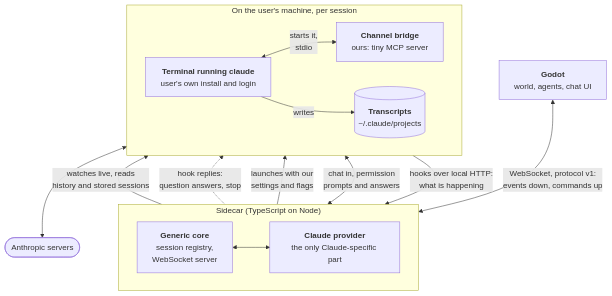
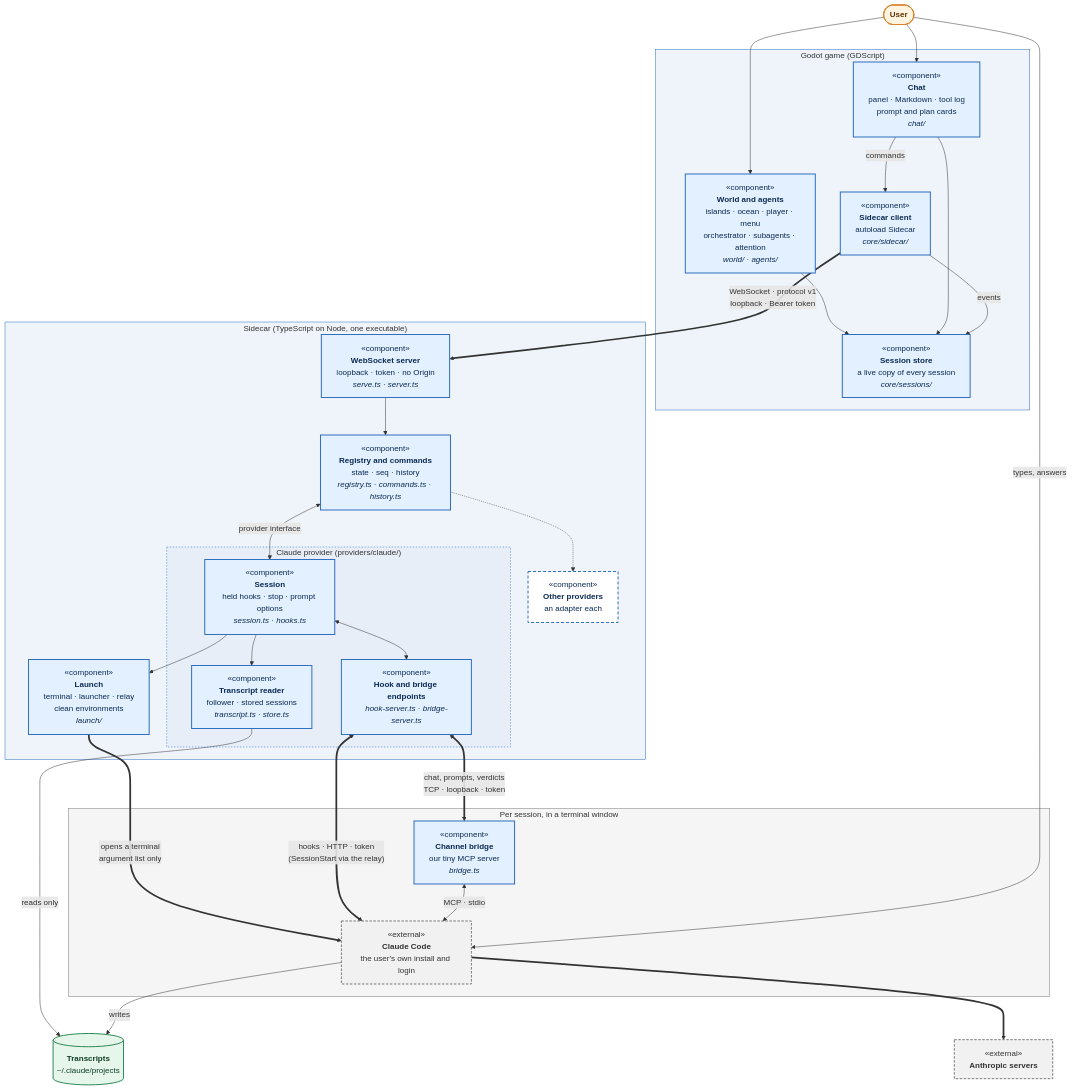
One commit to PaoloPortugal/The-Beach changed the diagram in NOTES.md. Above: the diagram before and after it, drawn with Mermaid. The commit also changed other lines of this file and 6 other files, not shown here.

Commit message:
Docs: component diagram in Architecture, flows index references, dev log

````diff
--- a/NOTES.md
+++ b/NOTES.md
@@ -127,30 +131,67 @@
 ```mermaid
 flowchart TB
-    godot["<b>Godot</b><br/>world, agents, chat UI"]
+    user(["<b>User</b>"]):::actor
 
-    subgraph sidecar["Sidecar (TypeScript on Node)"]
-        direction LR
-        core["<b>Generic core</b><br/>session registry,<br/>WebSocket server"]
-        provider["<b>Claude provider</b><br/>the only Claude-specific part"]
-        core <--> provider
+    subgraph game["Godot game (GDScript)"]
+        world["«component»<br/><b>World and agents</b><br/>islands · ocean · player · menu<br/>orchestrator · subagents · attention<br/><i>world/ · agents/</i>"]:::component
+        chat["«component»<br/><b>Chat</b><br/>panel · Markdown · tool log<br/>prompt and plan cards<br/><i>chat/</i>"]:::component
+        store["«component»<br/><b>Session store</b><br/>a live copy of every session<br/><i>core/sessions/</i>"]:::component
+        client["«component»<br/><b>Sidecar client</b><br/>autoload Sidecar<br/><i>core/sidecar/</i>"]:::component
     end
 
-    subgraph machine["On the user's machine, per session"]
-        direction LR
-        bridge["<b>Channel bridge</b><br/>ours: tiny MCP server"]
-        term["<b>Terminal running claude</b><br/>user's own install and login"]
-        store[("<b>Transcripts</b><br/>~/.claude/projects")]
-        term <-->|"starts it,<br/>stdio"| bridge
-        term -->|writes| store
+    subgraph sidecar["Sidecar (TypeScript on Node, one executable)"]
+        ws["«component»<br/><b>WebSocket server</b><br/>loopback · token · no Origin<br/><i>serve.ts · server.ts</i>"]:::component
+        registry["«component»<br/><b>Registry and commands</b><br/>state · seq · history<br/><i>registry.ts · commands.ts · history.ts</i>"]:::component
+        subgraph sc_claude["Claude provider (providers/claude/)"]
+            session["«component»<br/><b>Session</b><br/>held hooks · stop · prompt options<br/><i>session.ts · hooks.ts</i>"]:::component
+            endpoints["«component»<br/><b>Hook and bridge endpoints</b><br/><i>hook-server.ts · bridge-server.ts</i>"]:::component
+            reader["«component»<br/><b>Transcript reader</b><br/>follower · stored sessions<br/><i>transcript.ts · store.ts</i>"]:::component
+        end
+        other["«component»<br/><b>Other providers</b><br/>an adapter each"]:::planned
+        launch["«component»<br/><b>Launch</b><br/>terminal · launcher · relay<br/>clean environments<br/><i>launch/</i>"]:::component
     end
 
-    anthropic(["Anthropic servers"])
+    subgraph per_session["Per session, in a terminal window"]
+        claude["«external»<br/><b>Claude Code</b><br/>the user's own install and login"]:::external
+        bridge["«component»<br/><b>Channel bridge</b><br/>our tiny MCP server<br/><i>bridge.ts</i>"]:::component
+    end
 
-    godot <-->|"WebSocket, protocol v1:<br/>events down, commands up"| core
-    provider -->|"launches with our<br/>settings and flags"| term
-    term -->|"hooks over local HTTP:<br/>what is happening"| provider
-    provider -.->|"hook replies:<br/>question answers, stop"| term
-    bridge <-->|"chat in, permission<br/>prompts and answers"| provider
-    provider -->|"watches live, reads<br/>history and stored sessions"| store
-    term <--> anthropic
+    transcripts[("<b>Transcripts</b><br/>~/.claude/projects")]:::database
+    anthropic["«external»<br/><b>Anthropic servers</b>"]:::external
+
+    user --> world
+    user --> chat
+    world --> store
+    chat --> store
+    chat -->|commands| client
+    client -->|events| store
+
+    client ==>|"WebSocket · protocol v1<br/>loopback · Bearer token"| ws
+    ws --> registry
+    registry <-->|"provider interface"| session
+    registry -.-> other
+    session <--> endpoints
+    session --> reader
+    session --> launch
+
+    launch ==>|"opens a terminal<br/>argument list only"| claude
+    endpoints <==>|"hooks · HTTP · token<br/>(SessionStart via the relay)"| claude
+    endpoints <==>|"chat, prompts, verdicts<br/>TCP · loopback · token"| bridge
+    bridge <-->|"MCP · stdio"| claude
+    user -->|"types, answers"| claude
+
+    reader -->|"reads only"| transcripts
+    claude -->|writes| transcripts
+    claude ==> anthropic
+
+    classDef actor fill:#fff4e0,stroke:#d9822b,stroke-width:2px,color:#5a3200
+    classDef component fill:#e3f0ff,stroke:#2f6fbf,stroke-width:2px,color:#0b2a52
+    classDef planned fill:#ffffff,stroke:#2f6fbf,stroke-width:2px,stroke-dasharray:6 4,color:#0b2a52
+    classDef external fill:#f1f1f1,stroke:#7a7a7a,stroke-width:2px,stroke-dasharray:5 3,color:#333333
+    classDef database fill:#e6f6ea,stroke:#2e8b57,stroke-width:2px,color:#0f3d24
+
+    style game fill:#2f6fbf14,stroke:#2f6fbf,stroke-width:1px
+    style sidecar fill:#2f6fbf14,stroke:#2f6fbf,stroke-width:1px
+    style sc_claude fill:#2f6fbf0a,stroke:#2f6fbf,stroke-width:1px,stroke-dasharray:3 3
+    style per_session fill:#80808014,stroke:#7a7a7a,stroke-width:1px
 ```
````
